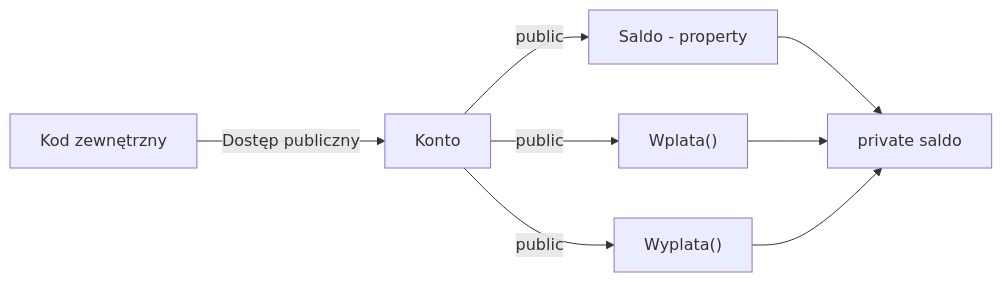
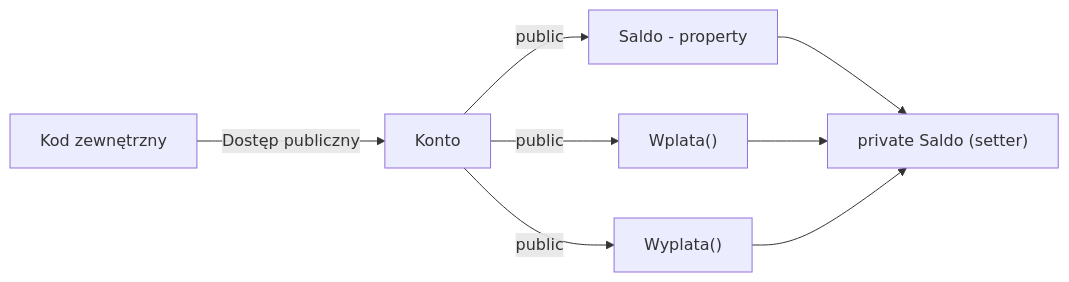
One commit to tborzyszkowski/csharp-programming changed the third of 8 diagrams in src/01-klasy/_01_oop_fundamentals/README.md. Above: the diagram before and after it, drawn with Mermaid. The commit also changed other lines of this file and 74 other files, not shown here.

````diff
--- a/src/01-klasy/_01_oop_fundamentals/README.md
+++ b/src/01-klasy/_01_oop_fundamentals/README.md
@@ -198,10 +198,10 @@
 ```mermaid
 graph LR
     A["Kod zewnętrzny"] -->|"Dostęp publiczny"| B["Konto"]
     B -->|"public"| C["Saldo - property"]
     B -->|"public"| D["Wplata()"]
     B -->|"public"| E["Wyplata()"]
-    C --> F["private saldo"]
+    C --> F["private Saldo (setter)"]
     D --> F
     E --> F
 ```
````
